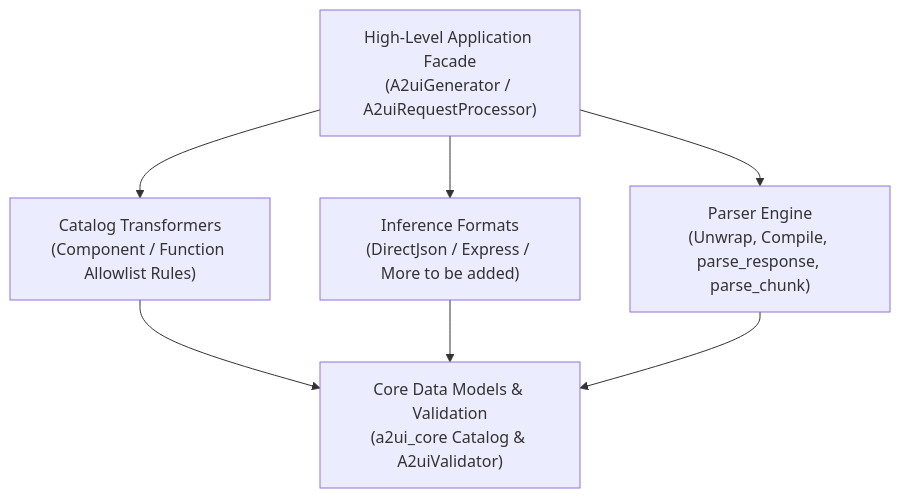
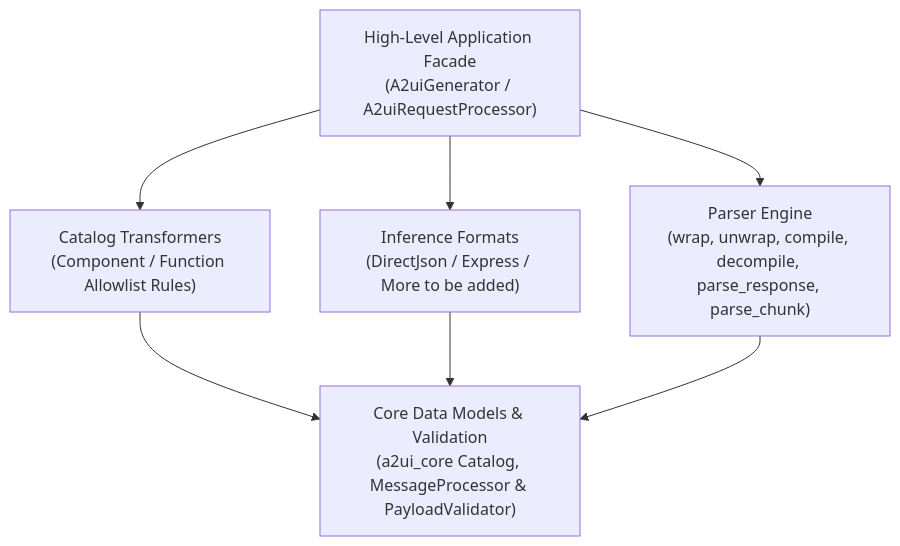
The diagram in blueprints/modules/a2ui_agent.blueprint.md (LeeeeeeM/A2UI), drawn with Mermaid before and after one commit. The commit also changed other lines of this file and 129 other files, not shown here.

````diff
--- a/blueprints/modules/a2ui_agent.blueprint.md
+++ b/blueprints/modules/a2ui_agent.blueprint.md
@@ -28,15 +28,15 @@
 ```mermaid
 graph TD
     Facade["High-Level Application Facade<br/>(A2uiGenerator / A2uiRequestProcessor)"]
     Transformers["Catalog Transformers<br/>(Component / Function Allowlist Rules)"]
     Formats["Inference Formats<br/>(DirectJson / Express / More to be added)"]
-    Parsers["Parser Engine<br/>(Unwrap, Compile, parse_response, parse_chunk)"]
-    CoreModels["Core Data Models & Validation<br/>(a2ui_core Catalog & A2uiValidator)"]
+    Parsers["Parser Engine<br/>(wrap, unwrap, compile, decompile, parse_response, parse_chunk)"]
+    CoreModels["Core Data Models & Validation<br/>(a2ui_core Catalog, MessageProcessor & PayloadValidator)"]
 
     Facade --> Transformers
     Facade --> Formats
     Facade --> Parsers
     Transformers --> CoreModels
     Formats --> CoreModels
     Parsers --> CoreModels
 ```
````
